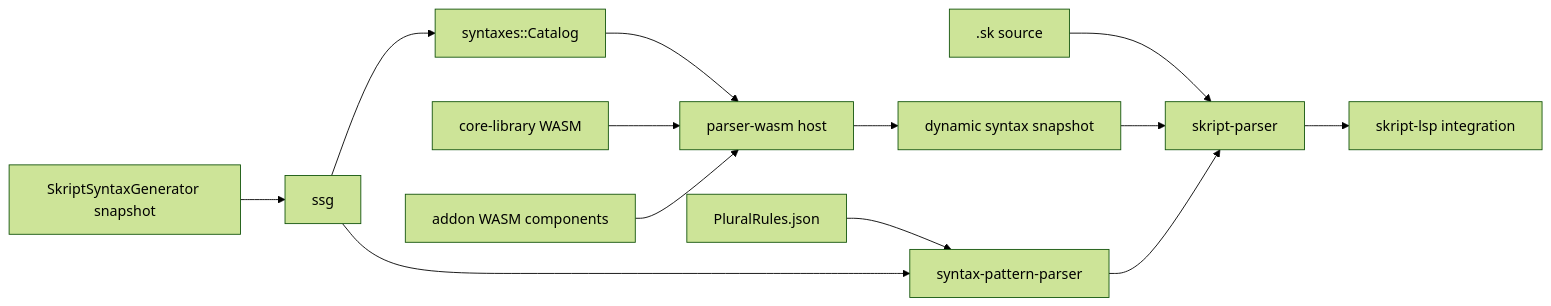
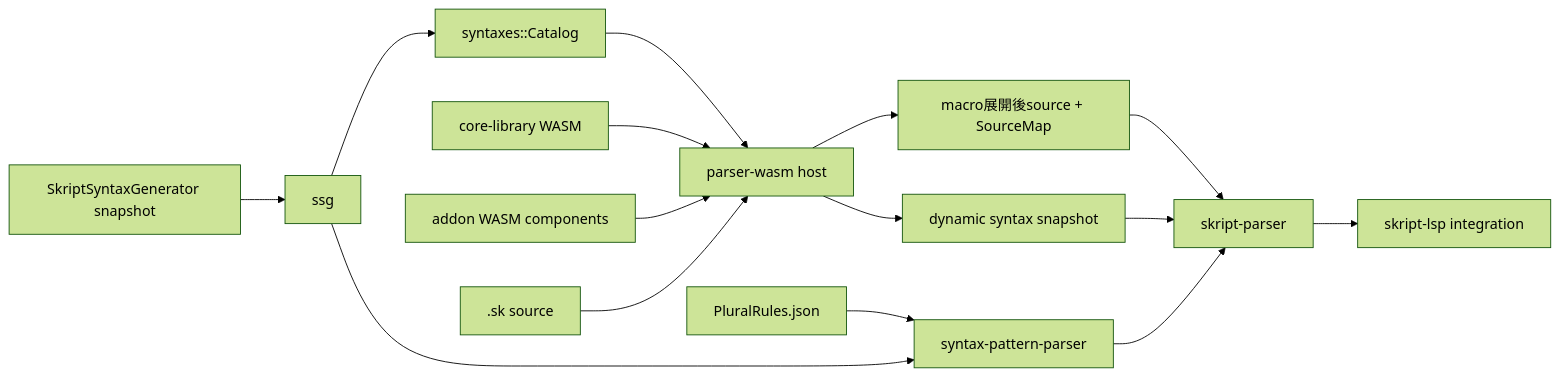
One commit to nlaocs/Skript-LSP changed the diagram in README.ja.md. Above: the diagram before and after it, drawn with Mermaid (forest theme). The commit also changed other lines of this file and 9 other files, not shown here.

````diff
--- a/README.ja.md
+++ b/README.ja.md
@@ -21,15 +22,17 @@
 ```mermaid
 flowchart LR
     SSG["SkriptSyntaxGenerator snapshot"] --> Loader["ssg"]
     Loader --> Catalog["syntaxes::Catalog"]
     Rules["PluralRules.json"] --> Patterns["syntax-pattern-parser"]
     Loader --> Patterns
     Catalog --> Host["parser-wasm host"]
     Core["core-library WASM"] --> Host
     Addons["addon WASM components"] --> Host
     Host --> Dynamic["dynamic syntax snapshot"]
-    Source[".sk source"] --> Parser["skript-parser"]
+    Source[".sk source"] --> Host
+    Host --> Expanded["macro展開後source + SourceMap"]
+    Expanded --> Parser["skript-parser"]
     Parser --> LSP["skript-lsp integration"]
     Dynamic --> Parser
     Patterns --> Parser
 ```
````
